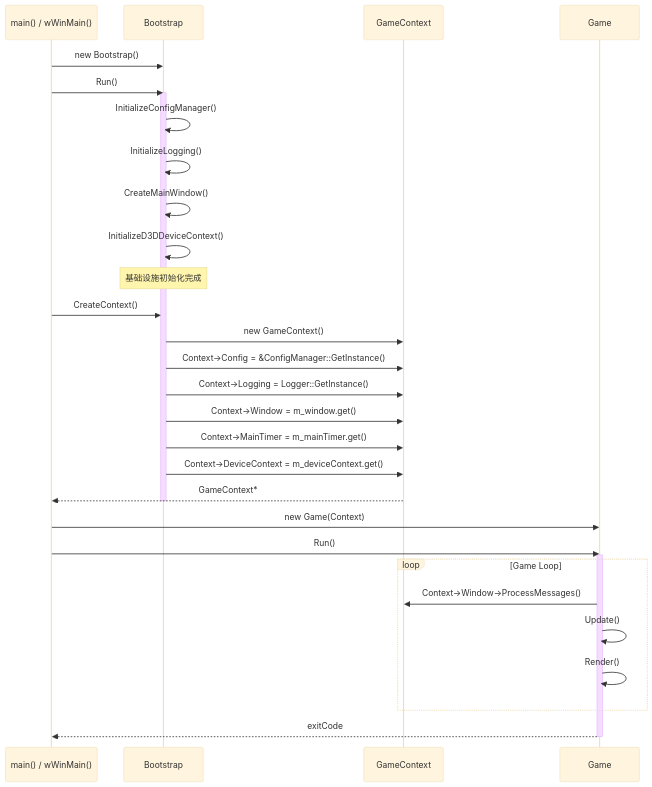
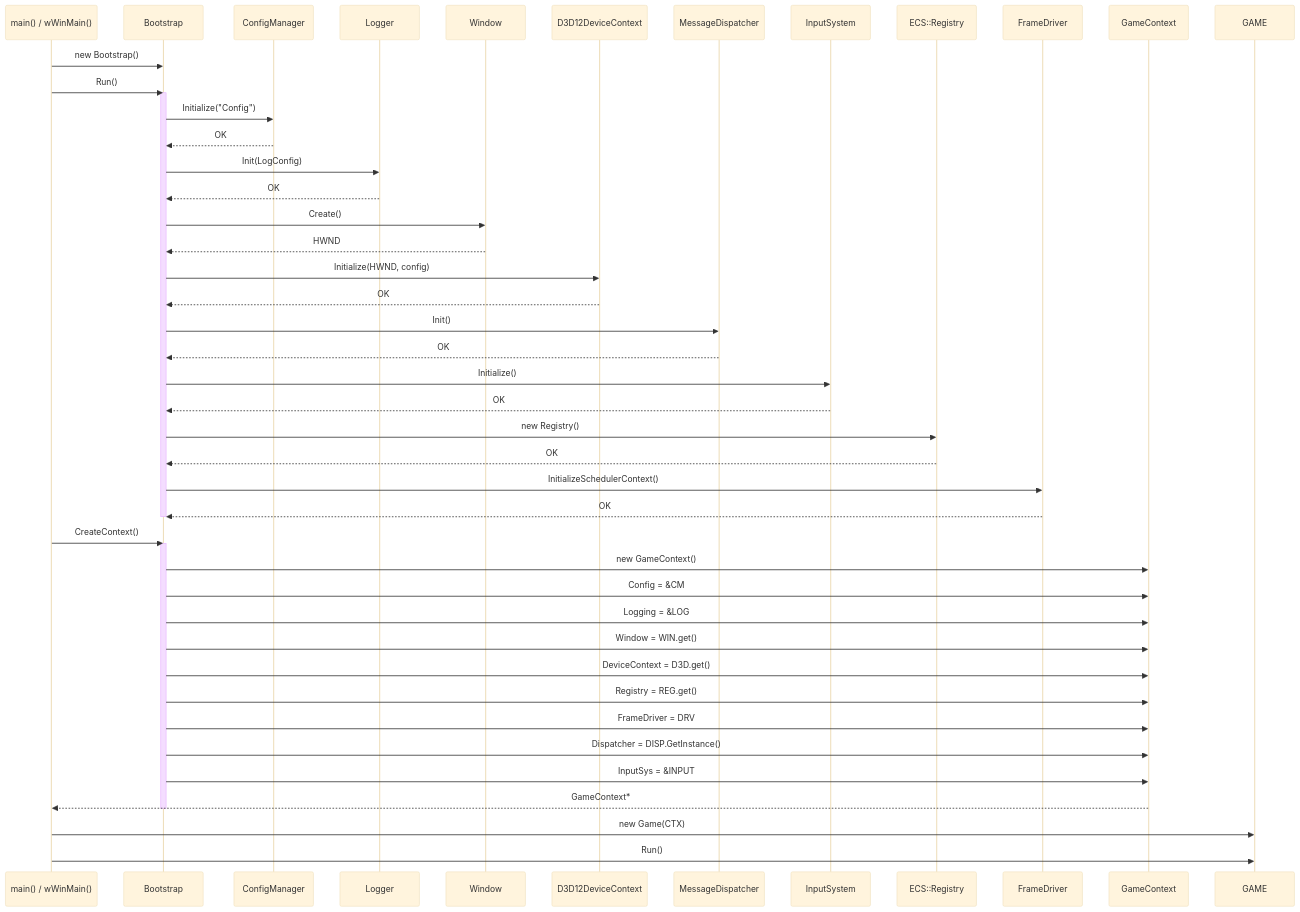
One commit to Gunxzq/blog changed the second of 5 diagrams in src/posts/DX12Engine/Bootstrap/Bootstrap.md. Above: the diagram before and after it, drawn with Mermaid (base theme). The commit also changed other lines of this file and 13 other files, not shown here.

````diff
--- a/src/posts/DX12Engine/Bootstrap/Bootstrap.md
+++ b/src/posts/DX12Engine/Bootstrap/Bootstrap.md
@@ -130,42 +106,64 @@
 ```mermaid
 sequenceDiagram
-    participant main as main() / wWinMain()
-    participant Bootstrap
-    participant Context as GameContext
-    participant Game
+    participant Main as main() / wWinMain()
+    participant BS as Bootstrap
+    participant CM as ConfigManager
+    participant LOG as Logger
+    participant WIN as Window
+    participant D3D as D3D12DeviceContext
+    participant DISP as MessageDispatcher
+    participant INPUT as InputSystem
+    participant REG as ECS::Registry
+    participant DRV as FrameDriver
+    participant CTX as GameContext
 
-    main->>Bootstrap: new Bootstrap()
-    main->>Bootstrap: Run()
-    Activate Bootstrap
+    Main->>BS: new Bootstrap()
+    Main->>BS: Run()
 
-    Bootstrap->>Bootstrap: InitializeConfigManager()
-    Bootstrap->>Bootstrap: InitializeLogging()
-    Bootstrap->>Bootstrap: CreateMainWindow()
-    Bootstrap->>Bootstrap: InitializeD3DDeviceContext()
+    activate BS
     
-    Note over Bootstrap: 基础设施初始化完成
+    BS->>CM: Initialize("Config")
+    CM-->>BS: OK
+    
+    BS->>LOG: Init(LogConfig)
+    LOG-->>BS: OK
+    
+    BS->>WIN: Create()
+    WIN-->>BS: HWND
+    
+    BS->>D3D: Initialize(HWND, config)
+    D3D-->>BS: OK
+    
+    BS->>DISP: Init()
+    DISP-->>BS: OK
+    
+    BS->>INPUT: Initialize()
+    INPUT-->>BS: OK
+    
+    BS->>REG: new Registry()
+    REG-->>BS: OK
+    
+    BS->>DRV: InitializeSchedulerContext()
+    DRV-->>BS: OK
+    
+    deactivate BS
 
-    main->>Bootstrap: CreateContext()
-    Bootstrap->>Context: new GameContext()
-    Bootstrap->>Context: Context->Config = &ConfigManager::GetInstance()
-    Bootstrap->>Context: Context->Logging = Logger::GetInstance()
-    Bootstrap->>Context: Context->Window = m_window.get()
-    Bootstrap->>Context: Context->MainTimer = m_mainTimer.get()
-    Bootstrap->>Context: Context->DeviceContext = m_deviceContext.get()
+    Main->>BS: CreateContext()
+    activate BS
     
-    Context-->>main: GameContext*
-    Deactivate Bootstrap
+    BS->>CTX: new GameContext()
+    BS->>CTX: Config = &CM
+    BS->>CTX: Logging = &LOG
+    BS->>CTX: Window = WIN.get()
+    BS->>CTX: DeviceContext = D3D.get()
+    BS->>CTX: Registry = REG.get()
+    BS->>CTX: FrameDriver = DRV
+    BS->>CTX: Dispatcher = DISP.GetInstance()
+    BS->>CTX: InputSys = &INPUT
+    
+    CTX-->>Main: GameContext*
+    deactivate BS
 
-    main->>Game: new Game(Context)
-    main->>Game: Run()
-    Activate Game
-
-    loop Game Loop
-        Game->>Context: Context->Window->ProcessMessages()
-        Game->>Game: Update()
-        Game->>Game: Render()
-    end
-
-    Game-->>main: exitCode
-    Deactivate Game
+    Main->>GAME: new Game(CTX)
+    Main->>GAME: Run()
 ```
````
